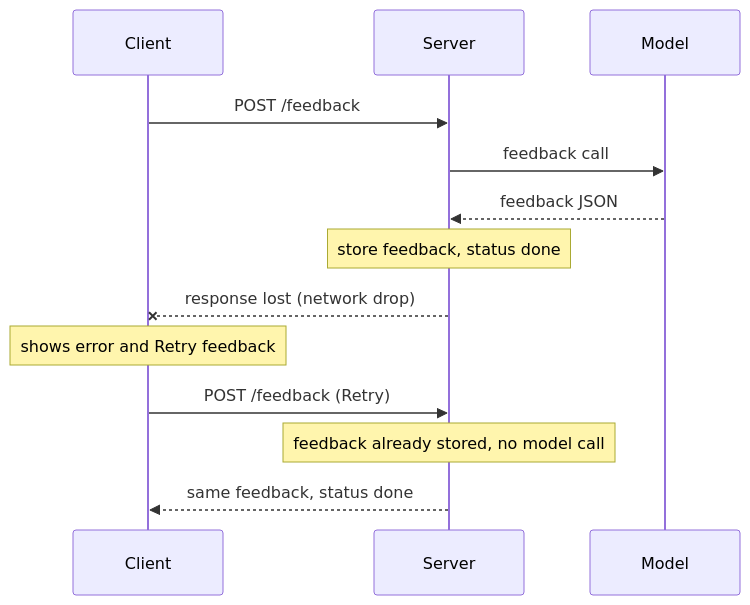
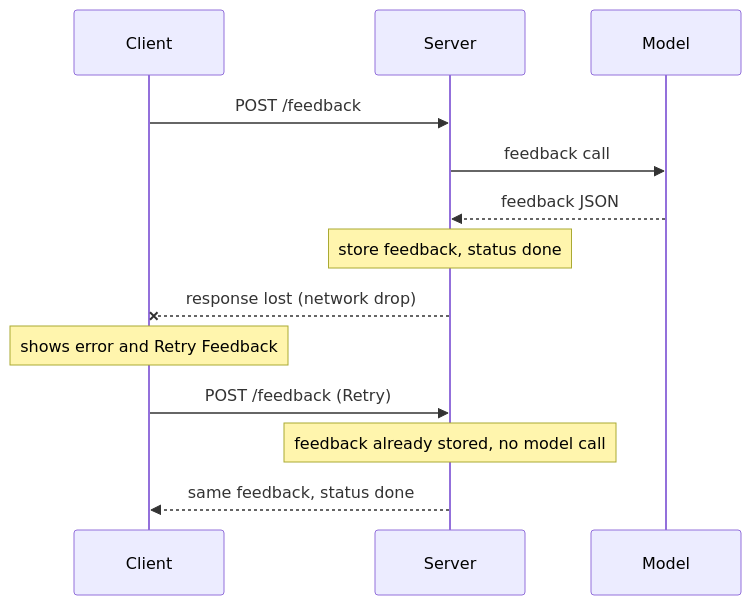
The third of 3 diagrams in docs/flow.md (kat-perreira/interview-buddy), drawn with Mermaid before and after one commit. The commit also changed other lines of this file and 15 other files, not shown here.

````diff
--- a/docs/flow.md
+++ b/docs/flow.md
@@ -88,15 +88,15 @@
 ```mermaid
 sequenceDiagram
     participant C as Client
     participant S as Server
     participant M as Model
     C->>S: POST /feedback
     S->>M: feedback call
     M-->>S: feedback JSON
     Note over S: store feedback, status done
     S--xC: response lost (network drop)
-    Note over C: shows error and Retry feedback
+    Note over C: shows error and Retry Feedback
     C->>S: POST /feedback (Retry)
     Note over S: feedback already stored, no model call
     S-->>C: same feedback, status done
 ```
````
